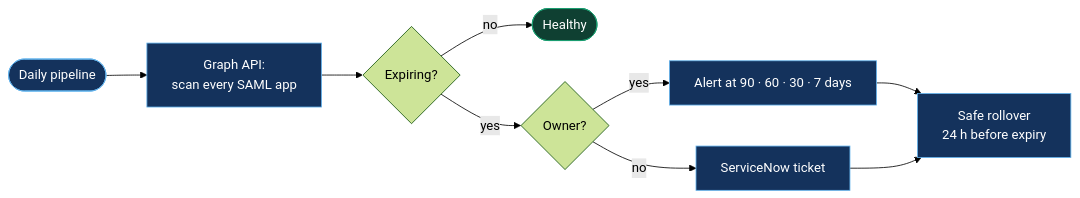
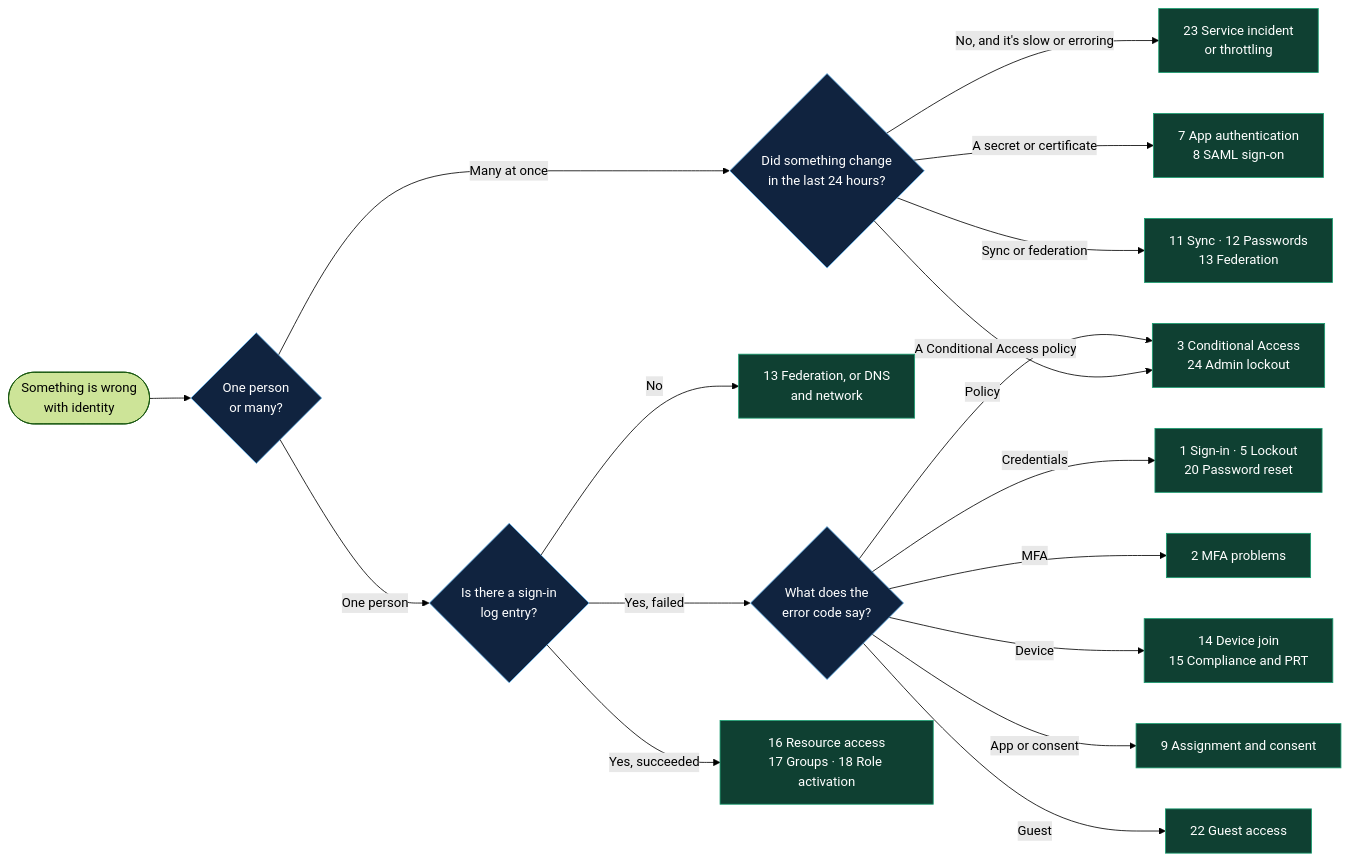
Before and after one commit to samikshya-dash/entra-id-troubleshooting-playbook: the diagram in README.md, drawn with Mermaid (forest theme). The commit also changed other lines of this file and 16 other files, not shown here.

````diff
--- a/README.md
+++ b/README.md
@@ -42,15 +19,24 @@
 ```mermaid
 flowchart LR
-    A([Daily pipeline]) --> B[Graph API:<br/>scan every SAML app]
-    B --> C{Expiring?}
-    C -- no --> Z([Healthy])
-    C -- yes --> D{Owner?}
-    D -- yes --> E[Alert at 90 · 60 · 30 · 7 days]
-    D -- no --> F[ServiceNow ticket]
-    E --> G[Safe rollover<br/>24 h before expiry]
-    F --> G
-    classDef step fill:#14325c,stroke:#63b3ed,color:#fff;
-    classDef ok fill:#0f4032,stroke:#199e70,color:#fff;
-    class A,B,E,F,G step;
-    class Z ok;
+    S([Something is wrong<br/>with identity]) --> Q1{One person<br/>or many?}
+    Q1 -- Many at once --> Q2{Did something change<br/>in the last 24 hours?}
+    Q2 -- "No, and it's slow or erroring" --> P23[23 Service incident<br/>or throttling]
+    Q2 -- A Conditional Access policy --> P3[3 Conditional Access<br/>24 Admin lockout]
+    Q2 -- A secret or certificate --> P7[7 App authentication<br/>8 SAML sign-on]
+    Q2 -- Sync or federation --> P11[11 Sync · 12 Passwords<br/>13 Federation]
+    Q1 -- One person --> Q3{Is there a sign-in<br/>log entry?}
+    Q3 -- No --> P13[13 Federation, or DNS<br/>and network]
+    Q3 -- "Yes, failed" --> Q4{What does the<br/>error code say?}
+    Q3 -- "Yes, succeeded" --> P16[16 Resource access<br/>17 Groups · 18 Role activation]
+    Q4 -- Credentials --> P1[1 Sign-in · 5 Lockout<br/>20 Password reset]
+    Q4 -- MFA --> P2[2 MFA problems]
+    Q4 -- Device --> P14[14 Device join<br/>15 Compliance and PRT]
+    Q4 -- Policy --> P3
+    Q4 -- App or consent --> P9[9 Assignment and consent]
+    Q4 -- Guest --> P22[22 Guest access]
+
+    classDef q fill:#10233f,stroke:#63b3ed,color:#fff;
+    classDef p fill:#0f4032,stroke:#199e70,color:#fff;
+    class Q1,Q2,Q3,Q4 q;
+    class P1,P2,P3,P7,P9,P11,P13,P14,P16,P22,P23 p;
 ```
````
